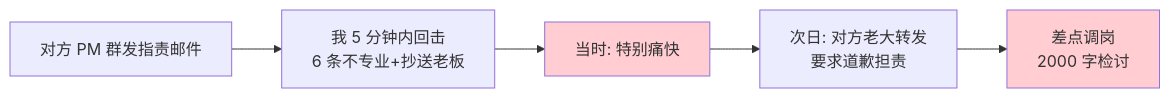
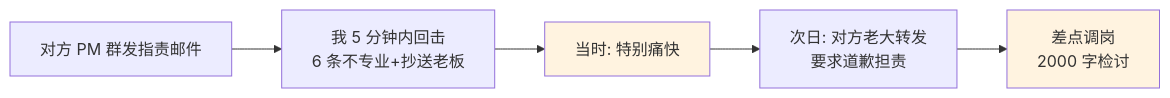
One commit to chongyang211/YCBookBlog changed the first of 11 diagrams in packages/website/11.书籍/06.自我精进·立言/15.情商能力的学习.md. Above: the diagram before and after it, drawn with Mermaid. The commit also changed other lines of this file and 3 other files, not shown here.

````diff
--- a/packages/website/11.书籍/06.自我精进·立言/15.情商能力的学习.md
+++ b/packages/website/11.书籍/06.自我精进·立言/15.情商能力的学习.md
@@ -50,9 +52,9 @@
 ```mermaid
 flowchart LR
     A[对方 PM 群发指责邮件] --> B[我 5 分钟内回击<br/>6 条不专业+抄送老板]
     B --> C[当时: 特别痛快]
     C --> D[次日: 对方老大转发<br/>要求道歉担责]
     D --> E[差点调岗<br/>2000 字检讨]
-    style C fill:#ffcdd2
-    style E fill:#ffcdd2
+    style C fill:#fff3e0
+    style E fill:#fff3e0
 ```
````
